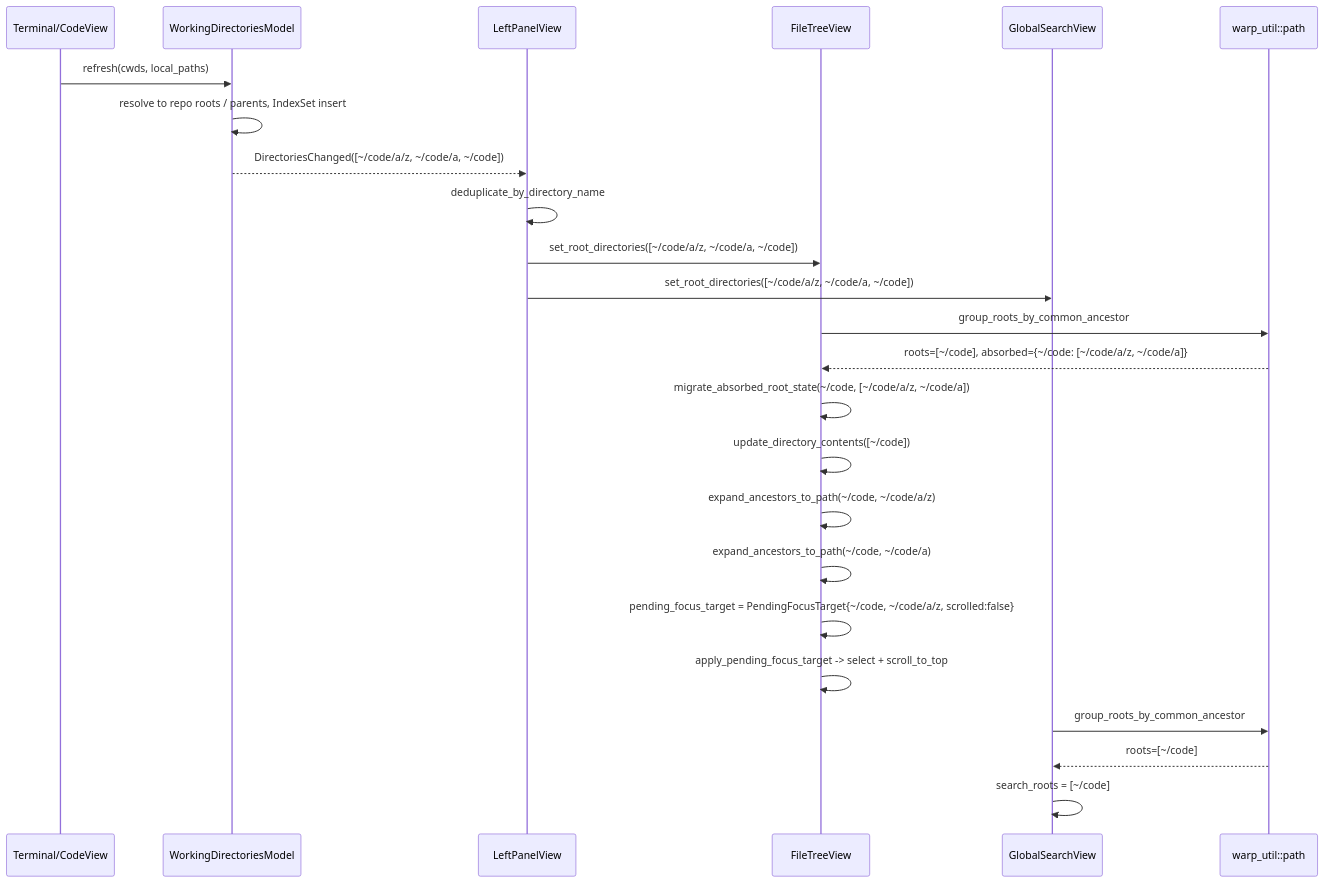
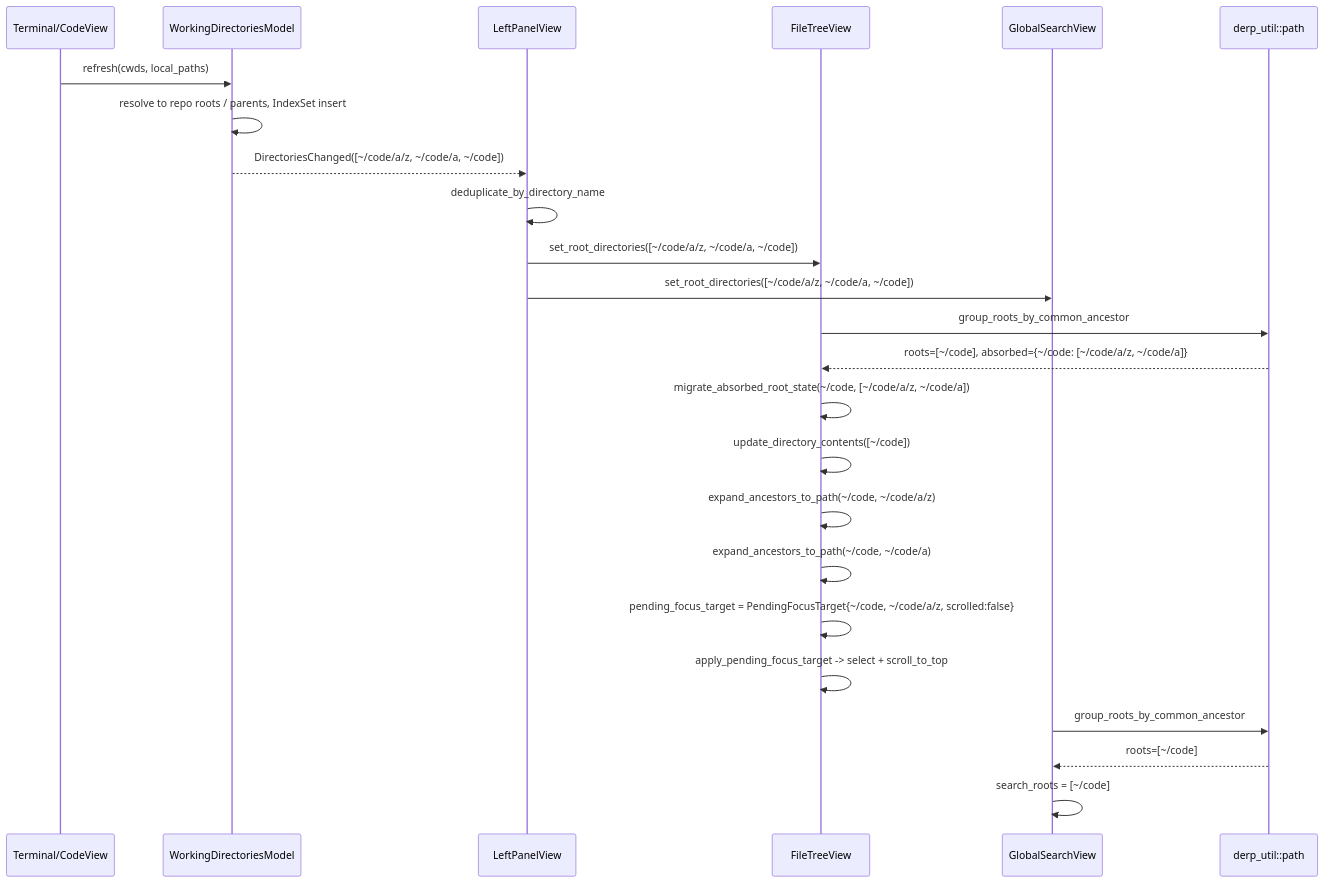
Before and after one commit to antikrust/krust-terminal: the diagram in specs/APP-4106/TECH.md, drawn with Mermaid. The commit also changed other lines of this file and 9069 other files, not shown here.

First line of the commit message:
Rebrand Warp -> Derp; vendor and disconnect all external deps

````diff
--- a/specs/APP-4106/TECH.md
+++ b/specs/APP-4106/TECH.md
@@ -462,29 +462,29 @@
 ```mermaid
 sequenceDiagram
     participant Term as Terminal/CodeView
     participant WDM as WorkingDirectoriesModel
     participant LP as LeftPanelView
     participant FT as FileTreeView
     participant GS as GlobalSearchView
-    participant U as warp_util::path
+    participant U as derp_util::path
 
     Term->>WDM: refresh(cwds, local_paths)
     WDM->>WDM: resolve to repo roots / parents, IndexSet insert
     WDM-->>LP: DirectoriesChanged([~/code/a/z, ~/code/a, ~/code])
     LP->>LP: deduplicate_by_directory_name
     LP->>FT: set_root_directories([~/code/a/z, ~/code/a, ~/code])
     LP->>GS: set_root_directories([~/code/a/z, ~/code/a, ~/code])
 
     FT->>U: group_roots_by_common_ancestor
     U-->>FT: roots=[~/code], absorbed={~/code: [~/code/a/z, ~/code/a]}
     FT->>FT: migrate_absorbed_root_state(~/code, [~/code/a/z, ~/code/a])
     FT->>FT: update_directory_contents([~/code])
     FT->>FT: expand_ancestors_to_path(~/code, ~/code/a/z)
     FT->>FT: expand_ancestors_to_path(~/code, ~/code/a)
     FT->>FT: pending_focus_target = PendingFocusTarget{~/code, ~/code/a/z, scrolled:false}
     FT->>FT: apply_pending_focus_target -> select + scroll_to_top
 
     GS->>U: group_roots_by_common_ancestor
     U-->>GS: roots=[~/code]
     GS->>GS: search_roots = [~/code]
 ```
````
